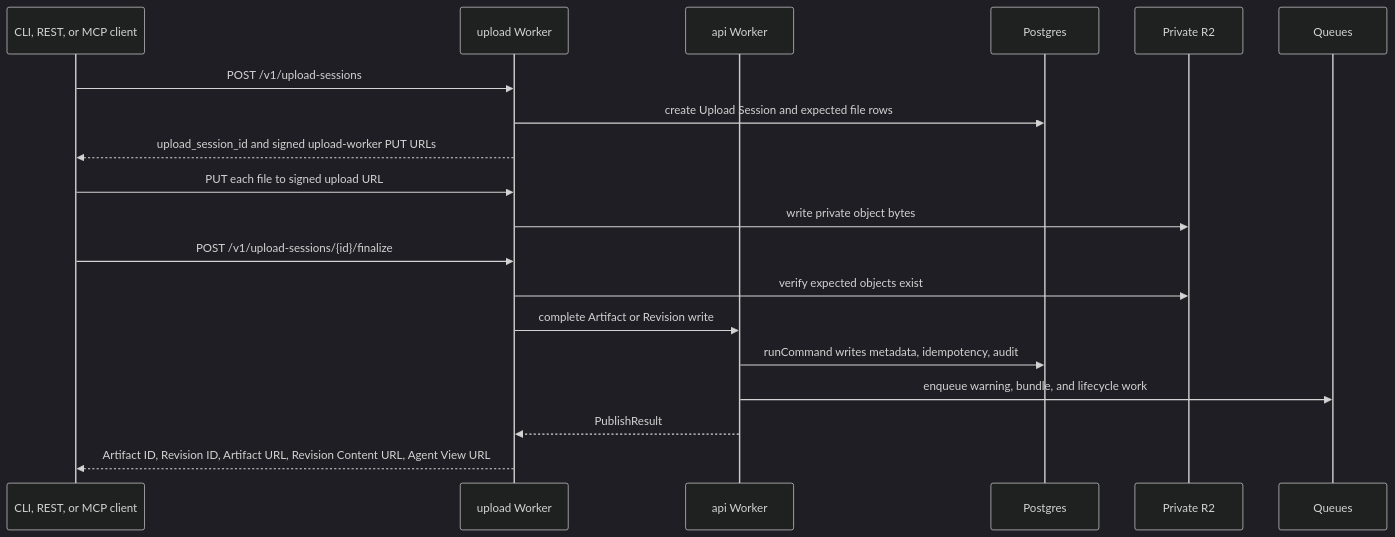
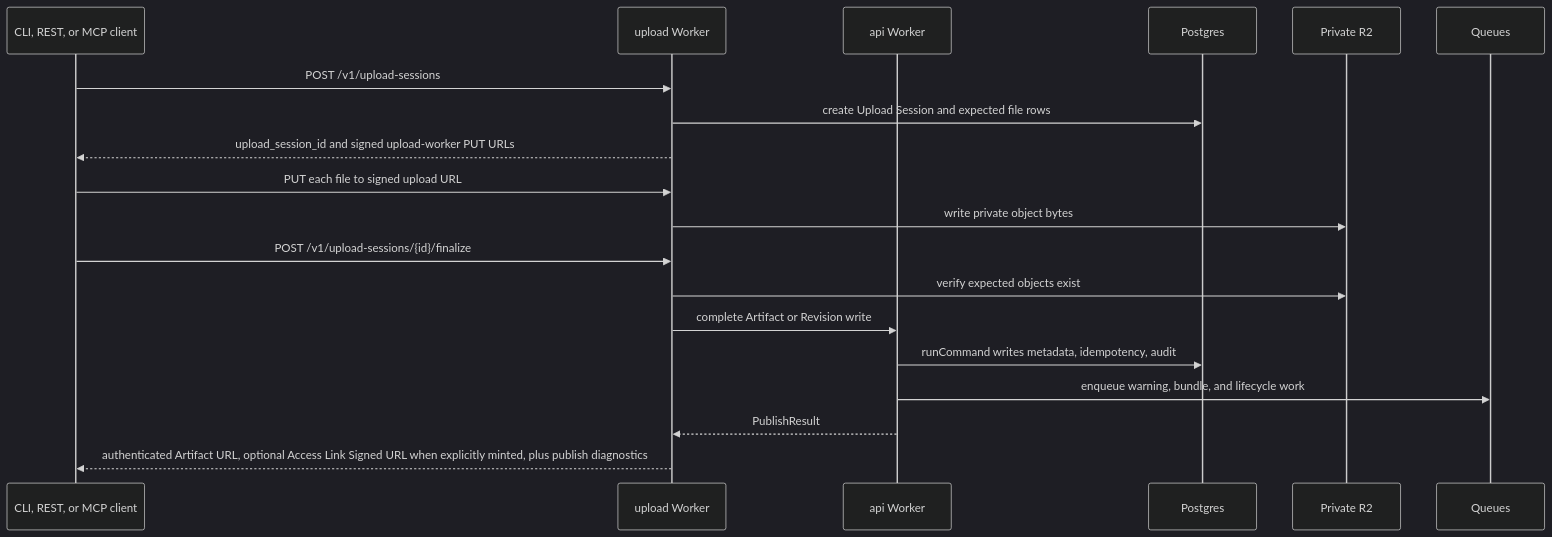
Before and after one commit to zaks-io/agent-paste: the second of 5 diagrams in docs/specs/architecture.md, drawn with Mermaid (dark theme). The commit also changed other lines of this file and 57 other files, not shown here.

````diff
--- a/docs/specs/architecture.md
+++ b/docs/specs/architecture.md
@@ -89,22 +89,22 @@
 ```mermaid
 sequenceDiagram
   participant C as CLI, REST, or MCP client
   participant U as upload Worker
   participant A as api Worker
   participant P as Postgres
   participant R as Private R2
   participant Q as Queues
 
   C->>U: POST /v1/upload-sessions
   U->>P: create Upload Session and expected file rows
   U-->>C: upload_session_id and signed upload-worker PUT URLs
   C->>U: PUT each file to signed upload URL
   U->>R: write private object bytes
   C->>U: POST /v1/upload-sessions/{id}/finalize
   U->>R: verify expected objects exist
   U->>A: complete Artifact or Revision write
   A->>P: runCommand writes metadata, idempotency, audit
   A->>Q: enqueue warning, bundle, and lifecycle work
   A-->>U: PublishResult
-  U-->>C: Artifact ID, Revision ID, Artifact URL, Revision Content URL, Agent View URL
+  U-->>C: authenticated Artifact URL, optional Access Link Signed URL when explicitly minted, plus publish diagnostics
 ```
````
